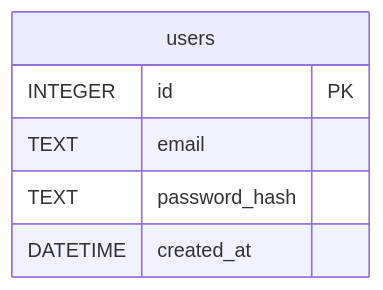
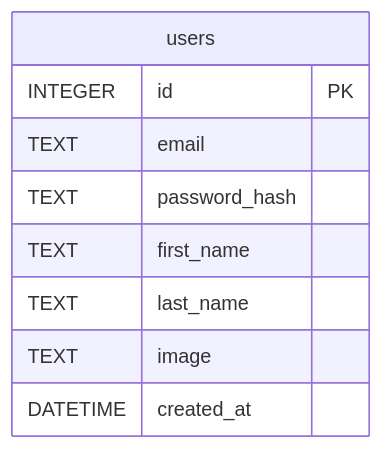
The diagram in docs/erd/users.mmd (DavJesse/stock-folio), drawn with Mermaid before and after one commit. The commit also changed 3 other files, not shown here.

Commit message:
docs: update entity relation diagrams to represent expanded users table (#82.3)

```diff
--- a/docs/erd/users.mmd
+++ b/docs/erd/users.mmd
@@ -1,11 +1,17 @@
 erDiagram
     users {
         %% Primary key uniquely identifies each user
         INTEGER id PK
-        %% Stores user's email address for authentication and contact
+        %% Stores user's email address for authentication and contact (must be unique)
         TEXT email
         %% Securely stores hashed password, never plain text
         TEXT password_hash
+        %% User's first name (required)
+        TEXT first_name
+        %% User's last name (required)
+        TEXT last_name
+        %% Optional link or path to the user's profile image
+        TEXT image
         %% Timestamp for when the user account was created
         DATETIME created_at
     }
```
